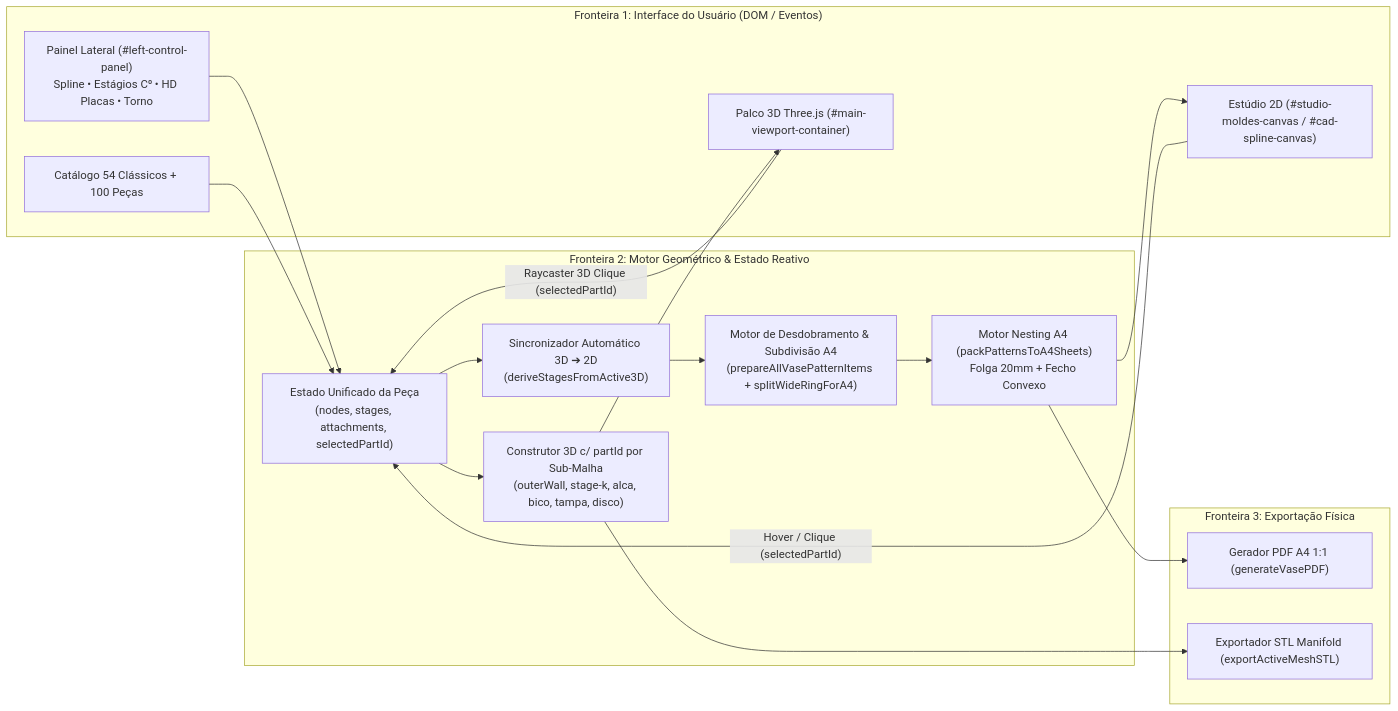
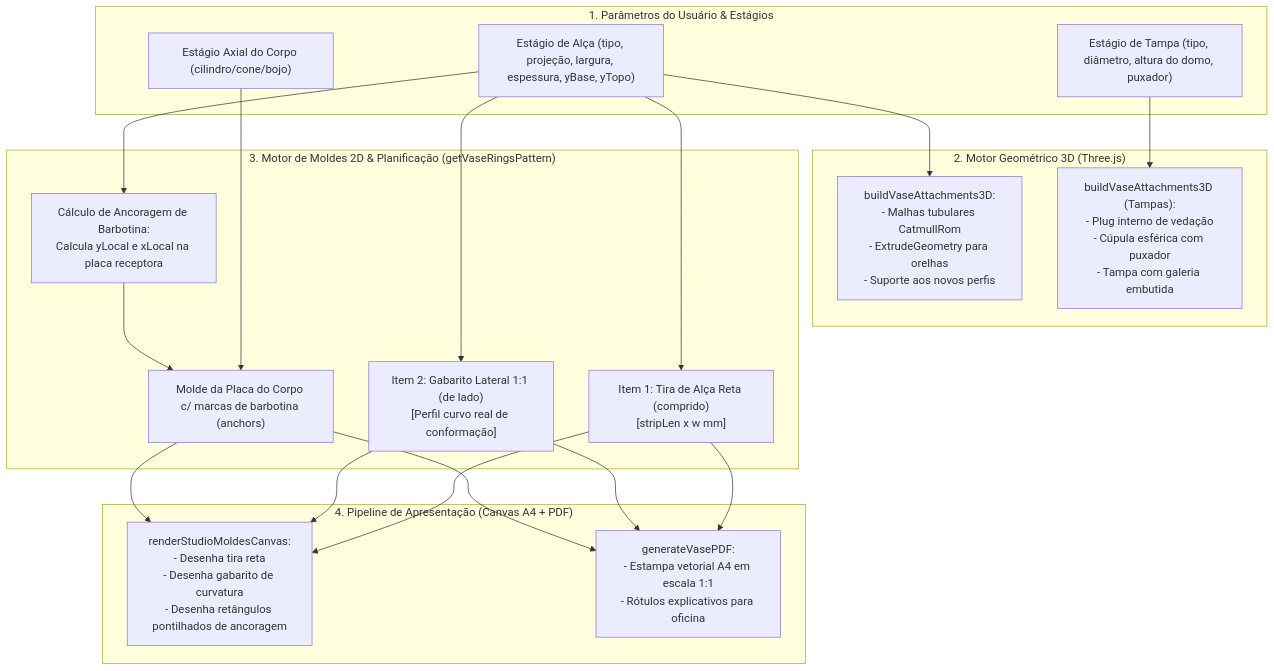
The diagram in docs/plan.md (bruno-felipe-conte/ceramicad-studio), drawn with Mermaid before and after one commit. The commit also changed other lines of this file and 25 other files, not shown here.

Commit message:
feat(studio-cad): add handle curvature guides, slip marks, diameter inputs and modern 3D catalog UI

````diff
--- a/docs/plan.md
+++ b/docs/plan.md
@@ -13,35 +5,39 @@
 ```mermaid
-flowchart LR
-  subgraph TrustBoundary_UI["Fronteira 1: Interface do Usuário (DOM / Eventos)"]
-    LeftPanel["Painel Lateral (#left-control-panel)<br/>Spline • Estágios C⁰ • HD Placas • Torno"]
-    Catalog["Catálogo 54 Clássicos + 100 Peças"]
-    Canvas2D["Estúdio 2D (#studio-moldes-canvas / #cad-spline-canvas)"]
-    Viewport3D["Palco 3D Three.js (#main-viewport-container)"]
-  end
+flowchart TD
+    subgraph Input_Param["1. Parâmetros do Usuário & Estágios"]
+        StageHandle["Estágio de Alça (tipo, projeção, largura, espessura, yBase, yTopo)"]
+        StageLid["Estágio de Tampa (tipo, diâmetro, altura do domo, puxador)"]
+        StageBody["Estágio Axial do Corpo (cilindro/cone/bojo)"]
+    end
 
-  subgraph TrustBoundary_Core["Fronteira 2: Motor Geométrico & Estado Reativo"]
-    State["Estado Unificado da Peça<br/>(nodes, stages, attachments, selectedPartId)"]
-    SyncEngine["Sincronizador Automático 3D ➔ 2D<br/>(deriveStagesFromActive3D)"]
-    MeshBuilder["Construtor 3D c/ partId por Sub-Malha<br/>(outerWall, stage-k, alca, bico, tampa, disco)"]
-    UnfoldEngine["Motor de Desdobramento & Subdivisão A4<br/>(prepareAllVasePatternItems + splitWideRingForA4)"]
-    NestingEngine["Motor Nesting A4 (packPatternsToA4Sheets)<br/>Folga 20mm + Fecho Convexo"]
-  end
+    subgraph Geometry_Engine["2. Motor Geométrico 3D (Three.js)"]
+        Handle3D["buildVaseAttachments3D:\n- Malhas tubulares CatmullRom\n- ExtrudeGeometry para orelhas\n- Suporte aos novos perfis"]
+        Lid3D["buildVaseAttachments3D (Tampas):\n- Plug interno de vedação\n- Cúpula esférica com puxador\n- Tampa com galeria embutida"]
+    end
 
-  subgraph TrustBoundary_Export["Fronteira 3: Exportação Física"]
-    PDFGen["Gerador PDF A4 1:1 (generateVasePDF)"]
-    STLGen["Exportador STL Manifold (exportActiveMeshSTL)"]
-  end
+    subgraph Pattern_2D_Engine["3. Motor de Moldes 2D & Planificação (getVaseRingsPattern)"]
+        StripItem["Item 1: Tira de Alça Reta (comprido)\n[stripLen x w mm]"]
+        GuideItem["Item 2: Gabarito Lateral 1:1 (de lado)\n[Perfil curvo real de conformação]"]
+        AnchorCalc["Cálculo de Ancoragem de Barbotina:\nCalcula yLocal e xLocal na placa receptora"]
+        BodyPlate["Molde da Placa do Corpo c/ marcas de barbotina (anchors)"]
+    end
 
-  LeftPanel --> State
-  Catalog --> State
-  State --> MeshBuilder
-  State --> SyncEngine
-  SyncEngine --> UnfoldEngine
-  UnfoldEngine --> NestingEngine
-  NestingEngine --> Canvas2D
-  NestingEngine --> PDFGen
-  MeshBuilder --> Viewport3D
-  MeshBuilder --> STLGen
-  Canvas2D -- "Hover / Clique (selectedPartId)" --> State
-  Viewport3D -- "Raycaster 3D Clique (selectedPartId)" --> State
+    subgraph Render_Pipeline["4. Pipeline de Apresentação (Canvas A4 + PDF)"]
+        Canvas2D["renderStudioMoldesCanvas:\n- Desenha tira reta\n- Desenha gabarito de curvatura\n- Desenha retângulos pontilhados de ancoragem"]
+        PDFGen["generateVasePDF:\n- Estampa vetorial A4 em escala 1:1\n- Rótulos explicativos para oficina"]
+    end
+
+    StageHandle --> Handle3D
+    StageLid --> Lid3D
+    StageHandle --> StripItem
+    StageHandle --> GuideItem
+    StageHandle --> AnchorCalc
+    StageBody --> BodyPlate
+    AnchorCalc --> BodyPlate
+    StripItem --> Canvas2D
+    GuideItem --> Canvas2D
+    BodyPlate --> Canvas2D
+    StripItem --> PDFGen
+    GuideItem --> PDFGen
+    BodyPlate --> PDFGen
 ```
````
